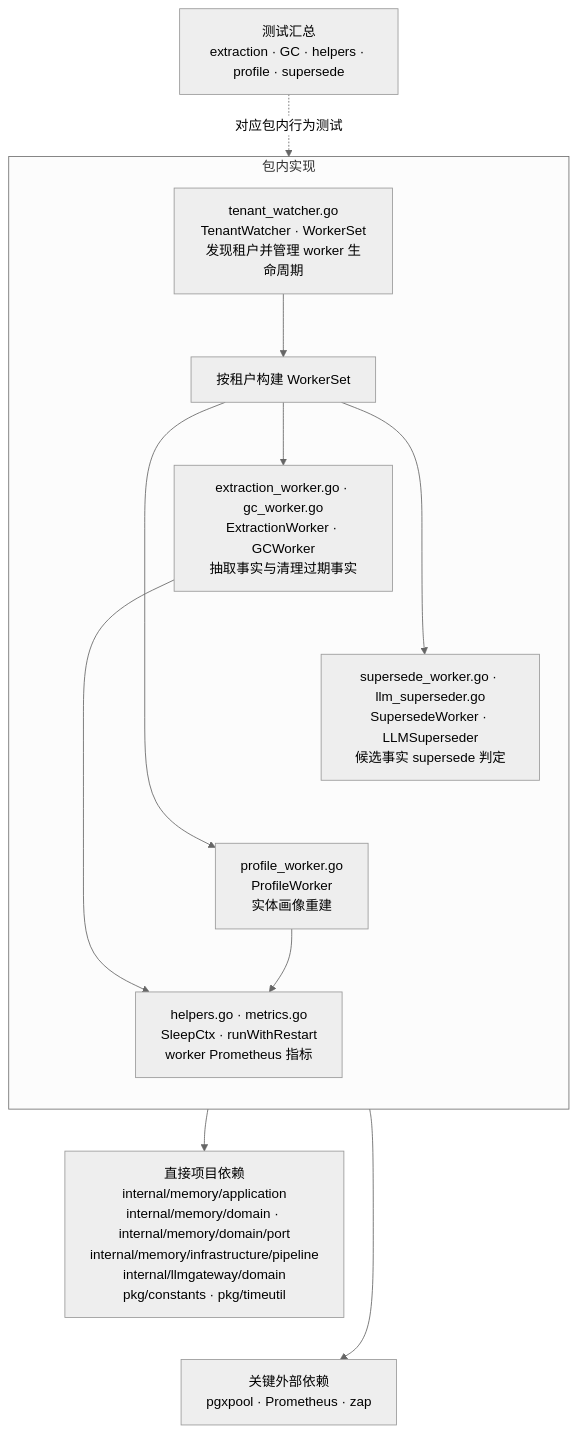
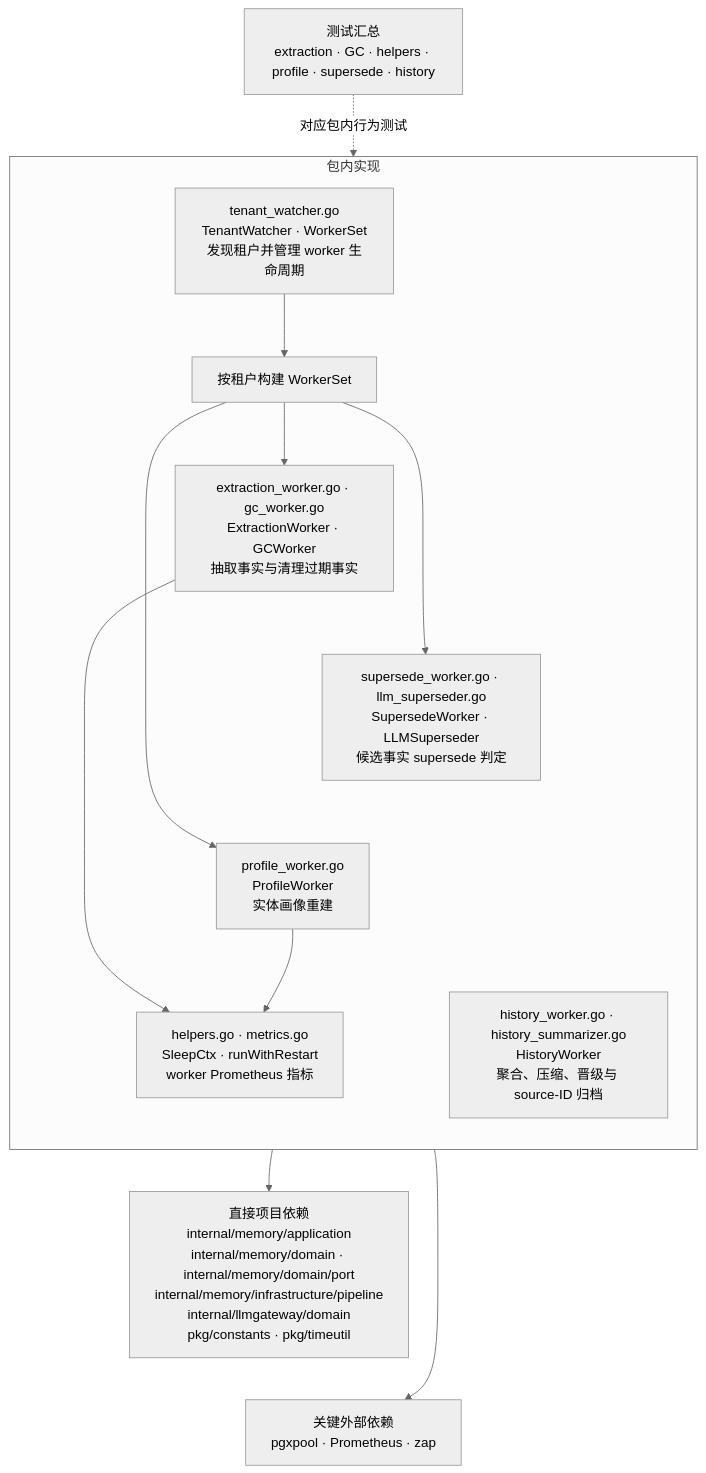
Before and after one commit to ArchChuan/Stratum: the diagram in docs/go-package-architecture/internal-memory-infrastructure-workers.md, drawn with Mermaid (neutral theme). The commit also changed other lines of this file and 12 other files, not shown here.

````diff
--- a/docs/go-package-architecture/internal-memory-infrastructure-workers.md
+++ b/docs/go-package-architecture/internal-memory-infrastructure-workers.md
@@ -7,27 +7,28 @@
 ```mermaid
 flowchart TB
   subgraph internalPkg["包内实现"]
     direction TB
     watcher["tenant_watcher.go<br/>TenantWatcher · WorkerSet<br/>发现租户并管理 worker 生命周期"]
     workerSet["按租户构建 WorkerSet"]
     factJobs["extraction_worker.go · gc_worker.go<br/>ExtractionWorker · GCWorker<br/>抽取事实与清理过期事实"]
     supersedeJobs["supersede_worker.go · llm_superseder.go<br/>SupersedeWorker · LLMSuperseder<br/>候选事实 supersede 判定"]
     profileJob["profile_worker.go<br/>ProfileWorker<br/>实体画像重建"]
+    historyJob["history_worker.go · history_summarizer.go<br/>HistoryWorker<br/>聚合、压缩、晋级与 source-ID 归档"]
     support["helpers.go · metrics.go<br/>SleepCtx · runWithRestart<br/>worker Prometheus 指标"]
     watcher --> workerSet
     workerSet --> factJobs
     workerSet --> supersedeJobs
     workerSet --> profileJob
     factJobs ~~~ supersedeJobs
     supersedeJobs ~~~ profileJob
     factJobs --> support
     profileJob --> support
   end
   projectDeps["直接项目依赖<br/>internal/memory/application<br/>internal/memory/domain · internal/memory/domain/port<br/>internal/memory/infrastructure/pipeline<br/>internal/llmgateway/domain<br/>pkg/constants · pkg/timeutil"]
   externalDeps["关键外部依赖<br/>pgxpool · Prometheus · zap"]
-  tests["测试汇总<br/>extraction · GC · helpers · profile · supersede"]
+  tests["测试汇总<br/>extraction · GC · helpers · profile · supersede · history"]
   internalPkg --> projectDeps
   internalPkg --> externalDeps
   projectDeps ~~~ externalDeps
   tests -.对应包内行为测试.-> internalPkg
 ```
````
